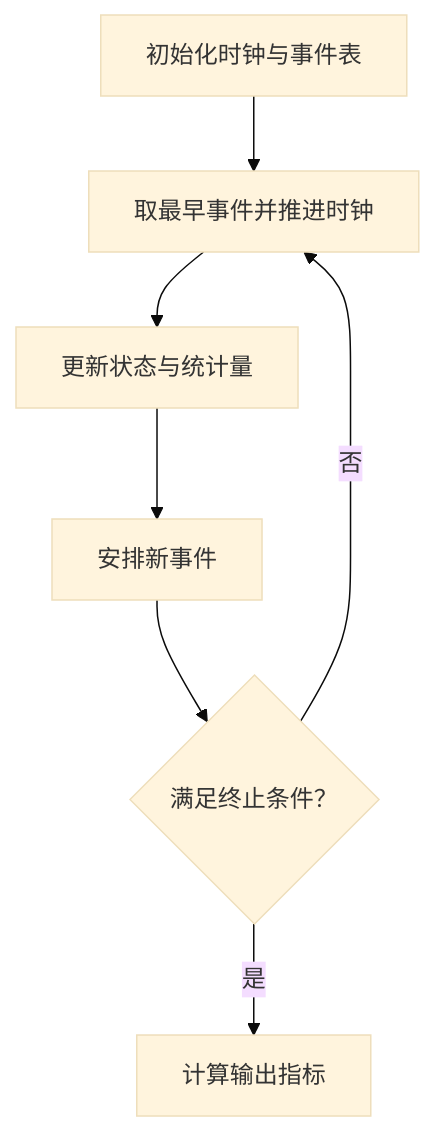
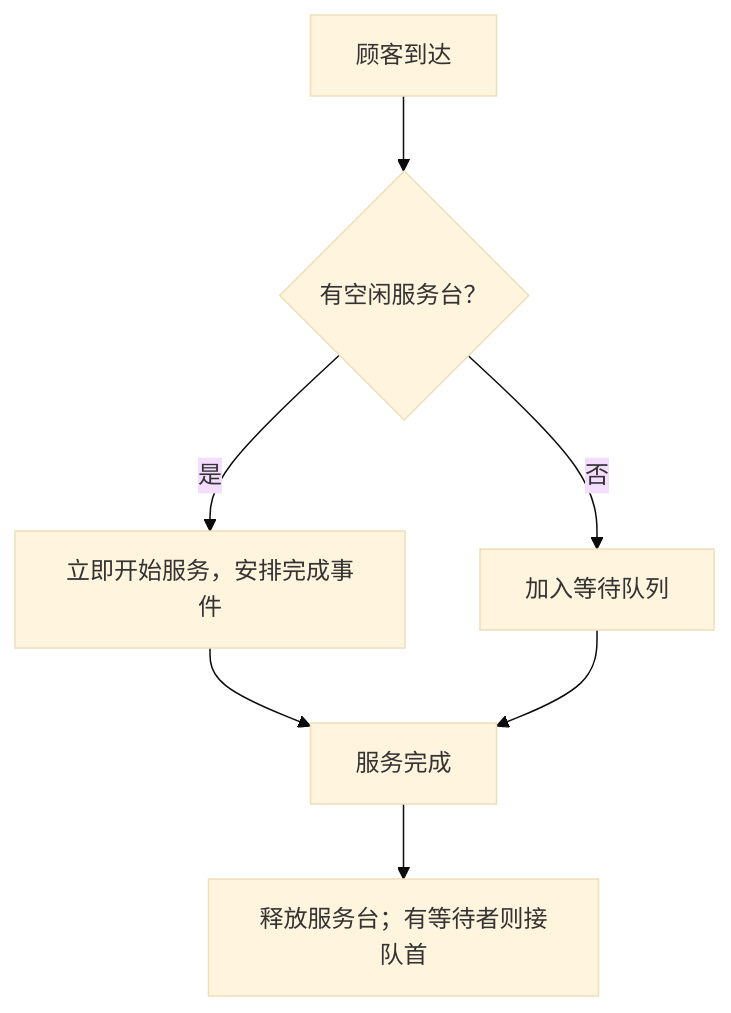
Before and after one commit to ZeyuYu713/system-simulation-learning: the first of 2 diagrams in notes/02-discrete-event-queue.md, drawn with Mermaid (base theme). The commit also changed other lines of this file, not shown here.

````diff
--- a/notes/02-discrete-event-queue.md
+++ b/notes/02-discrete-event-queue.md
@@ -22,9 +17,9 @@
 ```mermaid
 flowchart TD
-  A["初始化时钟与事件表"] --> B["取最早事件并推进时钟"]
-  B --> C["更新状态与统计量"]
-  C --> D["安排新事件"]
-  D --> E{"满足终止条件？"}
-  E -->|否| B
-  E -->|是| F["计算输出指标"]
+  A["顾客到达"] --> B{"有空闲服务台？"}
+  B -->|是| C["立即开始服务，安排完成事件"]
+  B -->|否| D["加入等待队列"]
+  C --> E["服务完成"]
+  D --> E
+  E --> F["释放服务台；有等待者则接队首"]
 ```
````
